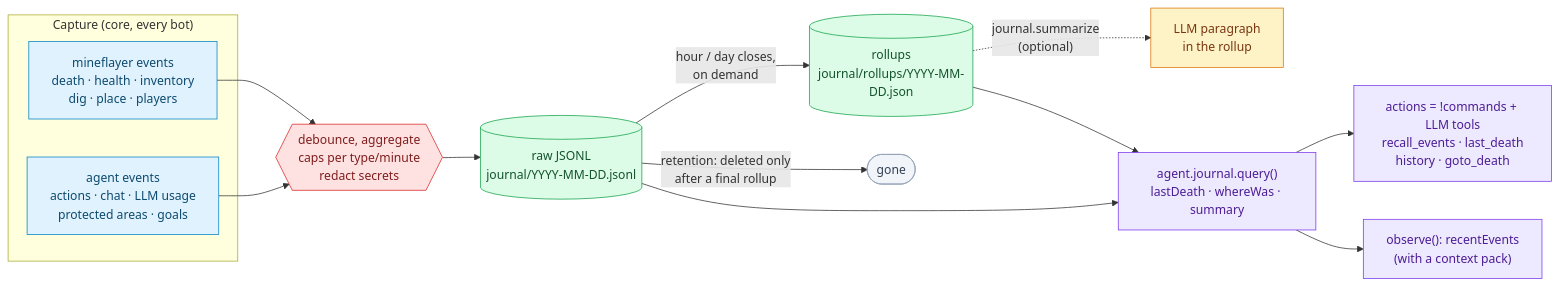
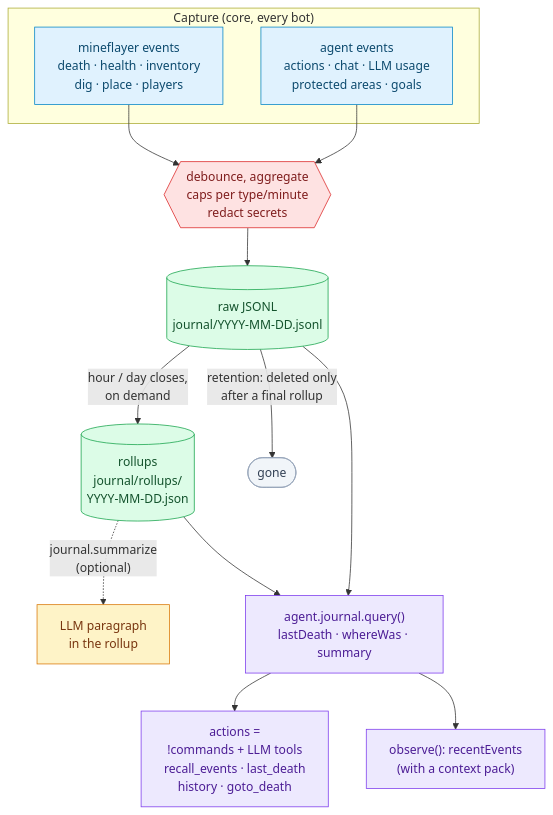
The diagram in docs/guide/journal.md (thereisnotime/golemkit), drawn with Mermaid before and after one commit. The commit also changed 20 other files, not shown here.

First line of the commit message:
Docs: replace the last ASCII diagrams with mermaid, make wide charts top-down to fit the column

````diff
--- a/docs/guide/journal.md
+++ b/docs/guide/journal.md
@@ -11,29 +11,29 @@
 ```mermaid
-flowchart LR
+flowchart TD
   subgraph cap["Capture (core, every bot)"]
     BOT["mineflayer events<br/>death · health · inventory<br/>dig · place · players"]
     AG["agent events<br/>actions · chat · LLM usage<br/>protected areas · goals"]
   end
   BOT --> LIM
   AG --> LIM
   LIM{{"debounce, aggregate<br/>caps per type/minute<br/>redact secrets"}} --> RAW[("raw JSONL<br/>journal/YYYY-MM-DD.jsonl")]
-  RAW -- "hour / day closes,<br/>on demand" --> ROLL[("rollups<br/>journal/rollups/YYYY-MM-DD.json")]
+  RAW -- "hour / day closes,<br/>on demand" --> ROLL[("rollups<br/>journal/rollups/<br/>YYYY-MM-DD.json")]
   ROLL -. "journal.summarize<br/>(optional)" .-> SUM["LLM paragraph<br/>in the rollup"]
   RAW -- "retention: deleted only<br/>after a final rollup" --> X(["gone"])
   RAW --> Q["agent.journal.query()<br/>lastDeath · whereWas · summary"]
   ROLL --> Q
-  Q --> T["actions = !commands + LLM tools<br/>recall_events · last_death<br/>history · goto_death"]
+  Q --> T["actions =<br/>!commands + LLM tools<br/>recall_events · last_death<br/>history · goto_death"]
   Q --> OBS["observe(): recentEvents<br/>(with a context pack)"]
   classDef cap fill:#e0f2fe,stroke:#0284c7,color:#0c4a6e
   classDef lim fill:#fee2e2,stroke:#dc2626,color:#7f1d1d
   classDef store fill:#dcfce7,stroke:#16a34a,color:#14532d
   classDef llm fill:#fef3c7,stroke:#d97706,color:#78350f
   classDef out fill:#ede9fe,stroke:#7c3aed,color:#4c1d95
   classDef gone fill:#f1f5f9,stroke:#94a3b8,color:#334155
   class BOT,AG cap
   class LIM lim
   class RAW,ROLL store
   class SUM llm
   class Q,T,OBS out
   class X gone
 ```
````
